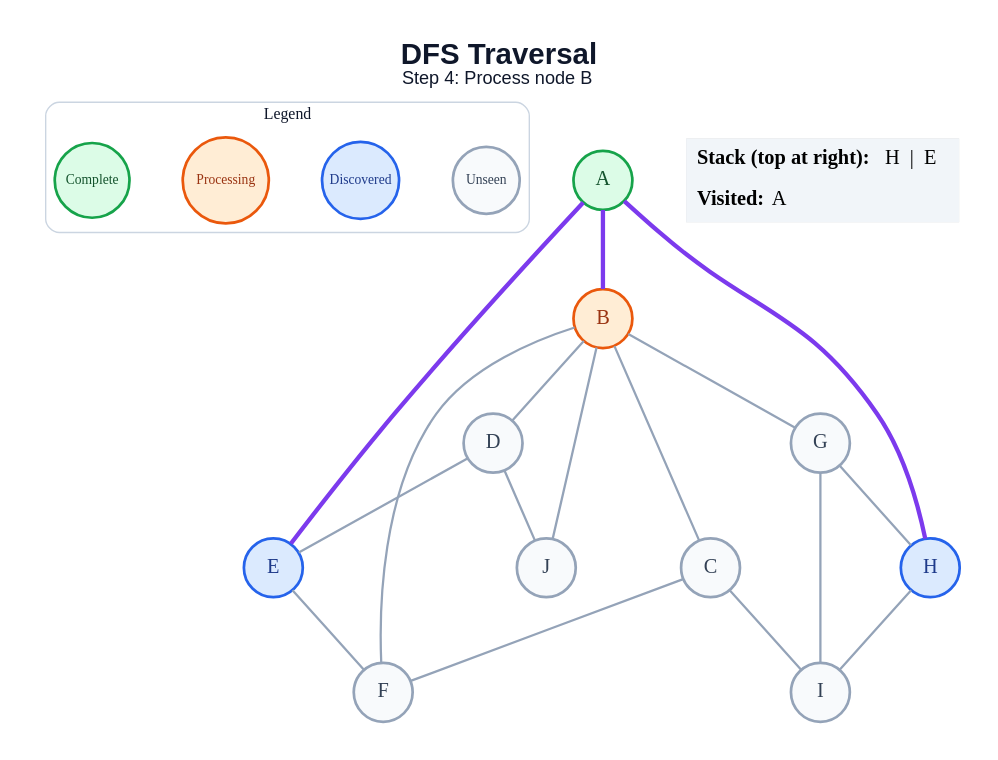
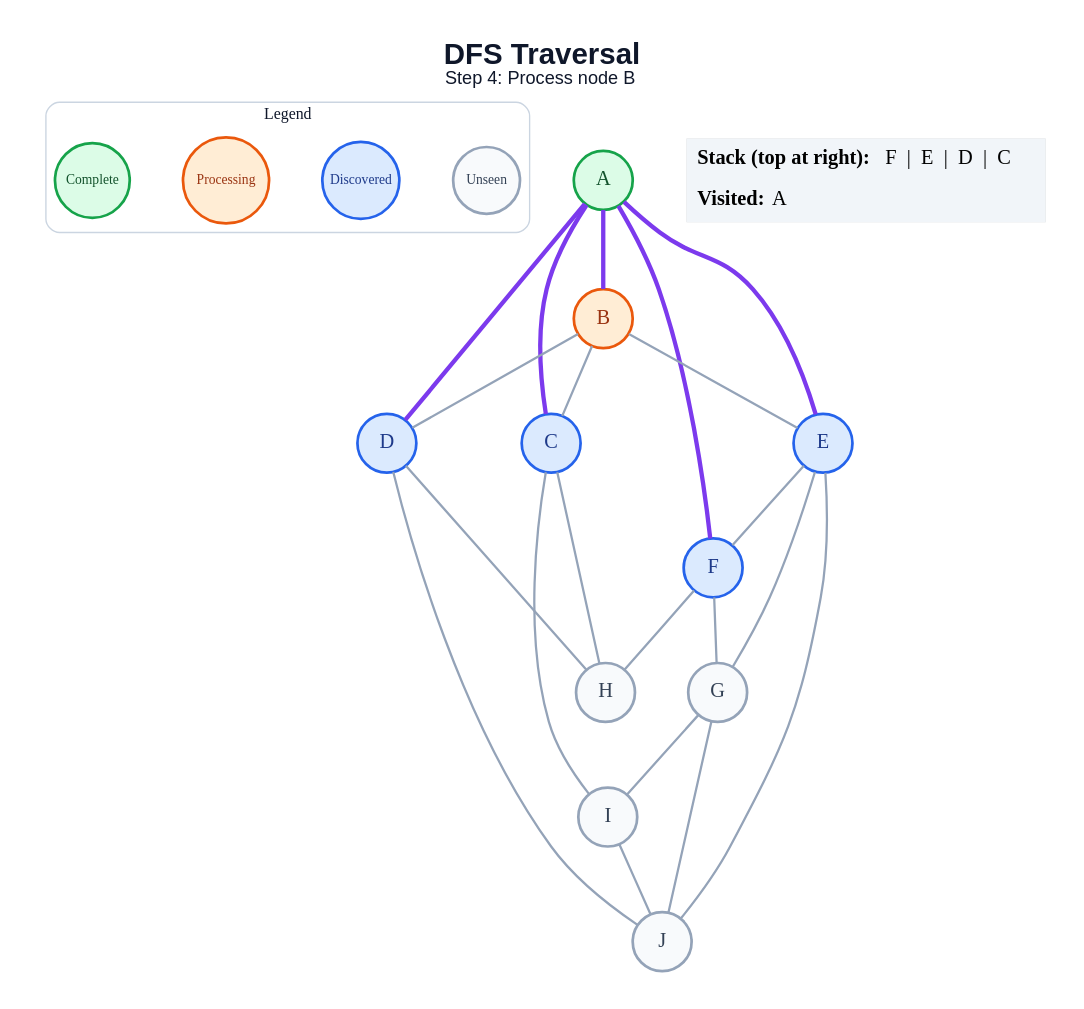
Before and after one commit to amanghodawala9/ai-slop: the diagram in generated/dfs/step_04.dot, drawn with Graphviz. The commit also changed 178 other files, not shown here.

```diff
--- a/generated/dfs/step_04.dot
+++ b/generated/dfs/step_04.dot
@@ -1,45 +1,49 @@
 graph traversal {
   graph [layout=dot, rankdir=TB, bgcolor="#FFFFFF", pad="0.35", nodesep="0.65", ranksep="0.8", fontname="Arial"];
   node [shape=circle, style="filled", fontname="Arial Bold", fontsize=18, width=0.72, fixedsize=true, penwidth=2.4];
   edge [color="#94A3B8", penwidth=2.0];
   label=<<B>DFS Traversal</B><BR/><FONT POINT-SIZE="16">Step 4: Process node B</FONT>>; labelloc="t"; fontsize=26; fontname="Arial"; fontcolor="#0F172A";
   subgraph cluster_legend { label="Legend"; color="#CBD5E1"; penwidth=1.2; style="rounded"; fontsize=14; fontname="Arial Bold";
     key_unseen [label="Unseen", fillcolor="#F8FAFC", color="#94A3B8", fontcolor="#334155", fontsize=12, width=0.82];
     key_frontier [label="Discovered", fillcolor="#DBEAFE", color="#2563EB", fontcolor="#1E3A8A", fontsize=12, width=0.95];
     key_current [label="Processing", fillcolor="#FFEDD5", color="#EA580C", fontcolor="#9A3412", fontsize=12, width=1.05];
     key_done [label="Complete", fillcolor="#DCFCE7", color="#16A34A", fontcolor="#14532D", fontsize=12, width=0.92];
     { rank=same; key_unseen; key_frontier; key_current; key_done; }
   }
   A [fillcolor="#DCFCE7", color="#16A34A", fontcolor="#14532D"];
   B [fillcolor="#FFEDD5", color="#EA580C", fontcolor="#9A3412"];
-  C [fillcolor="#F8FAFC", color="#94A3B8", fontcolor="#334155"];
-  D [fillcolor="#F8FAFC", color="#94A3B8", fontcolor="#334155"];
+  C [fillcolor="#DBEAFE", color="#2563EB", fontcolor="#1E3A8A"];
+  D [fillcolor="#DBEAFE", color="#2563EB", fontcolor="#1E3A8A"];
   E [fillcolor="#DBEAFE", color="#2563EB", fontcolor="#1E3A8A"];
-  F [fillcolor="#F8FAFC", color="#94A3B8", fontcolor="#334155"];
+  F [fillcolor="#DBEAFE", color="#2563EB", fontcolor="#1E3A8A"];
   G [fillcolor="#F8FAFC", color="#94A3B8", fontcolor="#334155"];
-  H [fillcolor="#DBEAFE", color="#2563EB", fontcolor="#1E3A8A"];
+  H [fillcolor="#F8FAFC", color="#94A3B8", fontcolor="#334155"];
   I [fillcolor="#F8FAFC", color="#94A3B8", fontcolor="#334155"];
   J [fillcolor="#F8FAFC", color="#94A3B8", fontcolor="#334155"];
   A -- B [color="#7C3AED", penwidth=3.8];
+  A -- C [color="#7C3AED", penwidth=3.8];
+  A -- D [color="#7C3AED", penwidth=3.8];
   A -- E [color="#7C3AED", penwidth=3.8];
-  A -- H [color="#7C3AED", penwidth=3.8];
+  A -- F [color="#7C3AED", penwidth=3.8];
   B -- C;
   B -- D;
-  B -- F;
-  B -- G;
-  B -- J;
-  C -- F;
+  B -- E;
+  C -- H;
   C -- I;
-  D -- E;
+  D -- H;
   D -- J;
   E -- F;
-  G -- H;
+  E -- G;
+  E -- J;
+  F -- G;
+  F -- H;
   G -- I;
-  H -- I;
+  G -- J;
+  I -- J;
   status [shape=plain, fixedsize=false, width=0, height=0, margin=0, label=<
     <TABLE BORDER="0" CELLBORDER="0" CELLPADDING="7" BGCOLOR="#F1F5F9">
-      <TR><TD ALIGN="LEFT"><B>Stack (top at right):</B> H  |  E</TD></TR>
+      <TR><TD ALIGN="LEFT"><B>Stack (top at right):</B> F  |  E  |  D  |  C</TD></TR>
       <TR><TD ALIGN="LEFT"><B>Visited:</B> A</TD></TR>
     </TABLE>
   >];
 }
```
